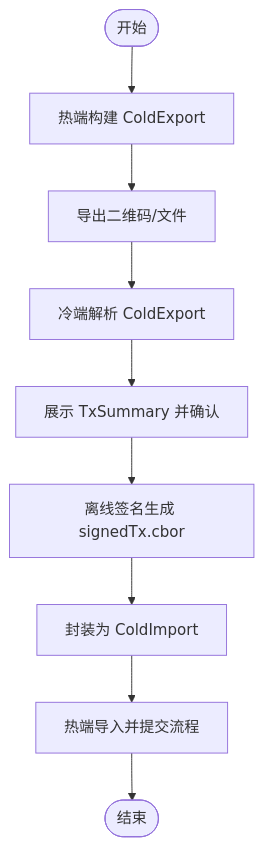
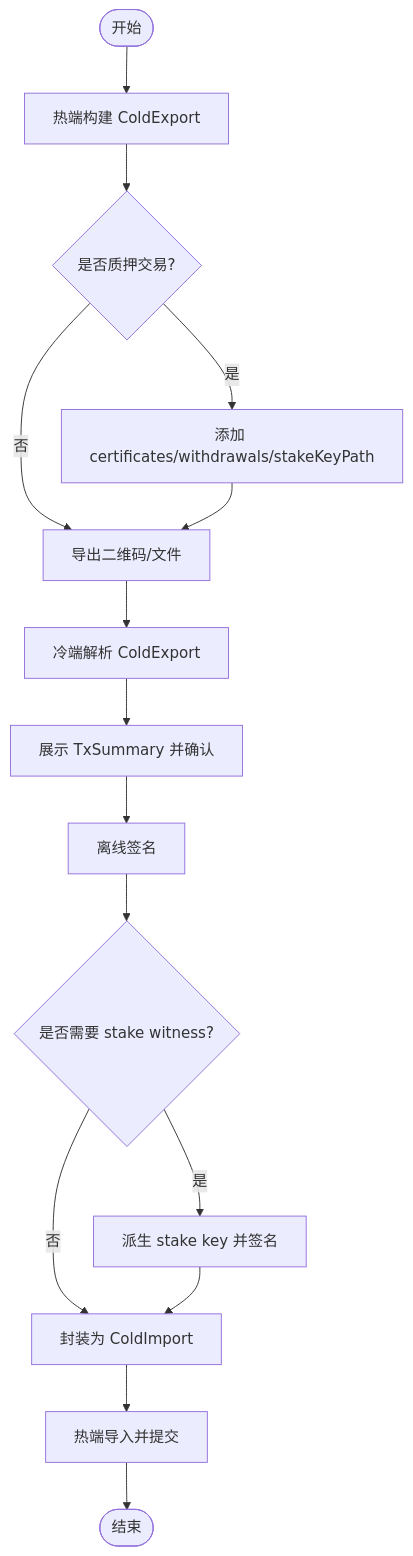
The eighth of 8 diagrams in .qoder/repowiki/zh/content/数据模型.md (EqualToEthan/stasis), drawn with Mermaid before and after one commit. The commit also changed other lines of this file and 40 other files, not shown here.

````diff
--- a/.qoder/repowiki/zh/content/数据模型.md
+++ b/.qoder/repowiki/zh/content/数据模型.md
@@ -432,11 +523,17 @@
 ```mermaid
 flowchart TD
 Start(["开始"]) --> Build["热端构建 ColdExport"]
-Build --> Export["导出二维码/文件"]
+Build --> Check{"是否质押交易?"}
+Check --> |否| Export["导出二维码/文件"]
+Check --> |是| AddFields["添加 certificates/withdrawals/stakeKeyPath"]
+AddFields --> Export
 Export --> Parse["冷端解析 ColdExport"]
 Parse --> Confirm["展示 TxSummary 并确认"]
-Confirm --> Sign["离线签名生成 signedTx.cbor"]
-Sign --> Import["封装为 ColdImport"]
-Import --> Submit["热端导入并提交流程"]
+Confirm --> Sign["离线签名"]
+Sign --> StakeCheck{"是否需要 stake witness?"}
+StakeCheck --> |否| Import["封装为 ColdImport"]
+StakeCheck --> |是| DeriveStake["派生 stake key 并签名"]
+DeriveStake --> Import
+Import --> Submit["热端导入并提交"]
 Submit --> End(["结束"])
 ```
````
